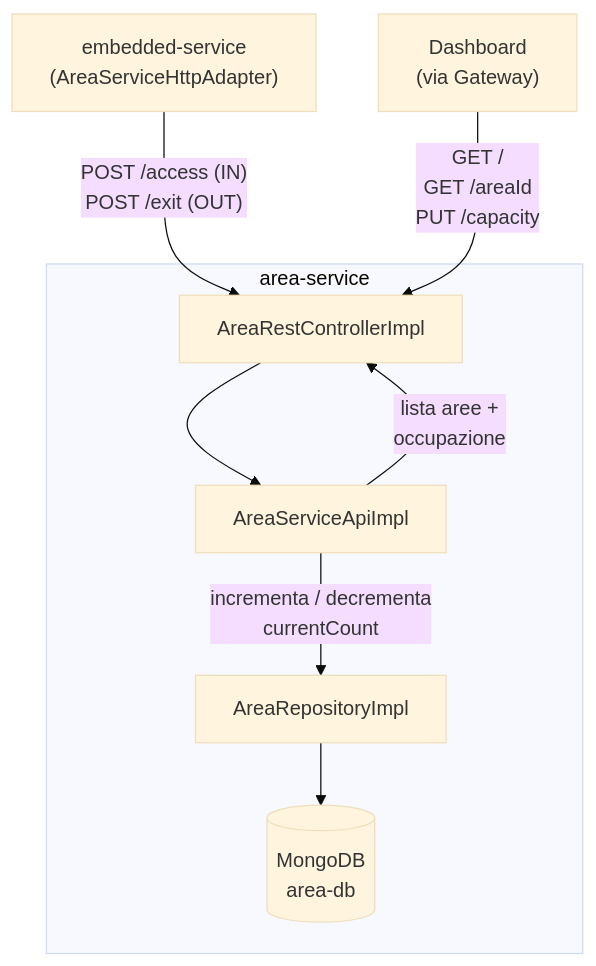
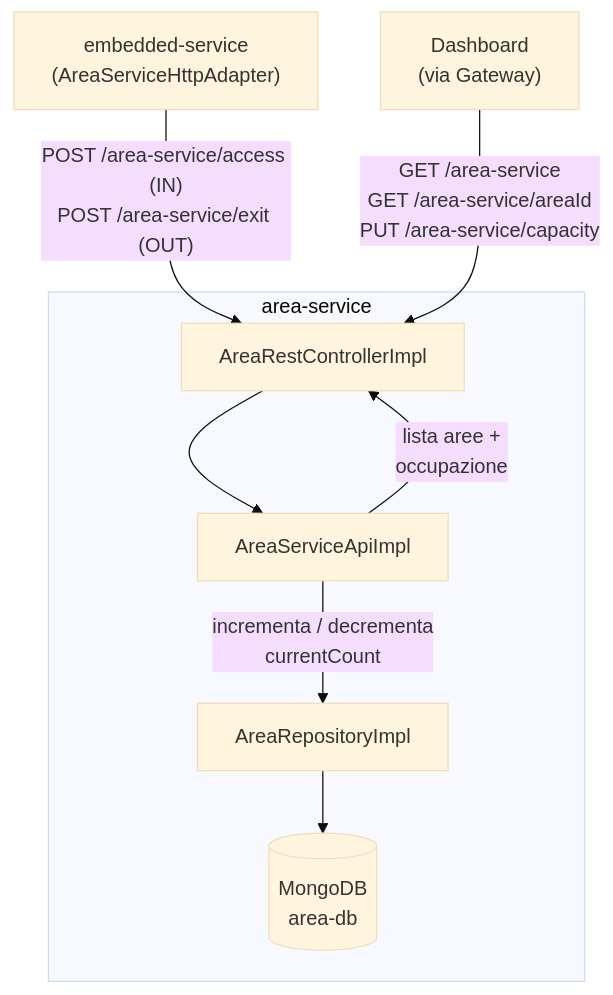
The sixth of 10 diagrams in docs/report/Implementation.md (piertv21/SmartGym-Monitor), drawn with Mermaid (base theme) before and after one commit. The commit also changed other lines of this file and 1 other file, not shown here.

````diff
--- a/docs/report/Implementation.md
+++ b/docs/report/Implementation.md
@@ -171,13 +171,13 @@
 ```mermaid
 flowchart TD
-    EMB["embedded-service\n(AreaServiceHttpAdapter)"] -->|"POST /access (IN)\nPOST /exit (OUT)"| CTRL["AreaRestControllerImpl"]
+    EMB["embedded-service\n(AreaServiceHttpAdapter)"] -->|"POST /area-service/access (IN)\nPOST /area-service/exit (OUT)"| CTRL["AreaRestControllerImpl"]
 
     subgraph area-service
         CTRL --> API["AreaServiceApiImpl"]
         API -->|"incrementa / decrementa\ncurrentCount"| REPO["AreaRepositoryImpl"]
         REPO --> DB[(MongoDB\narea-db)]
     end
 
-    DASH["Dashboard\n(via Gateway)"] -->|"GET /\nGET /areaId\nPUT /capacity"| CTRL
+    DASH["Dashboard\n(via Gateway)"] -->|"GET /area-service\nGET /area-service/areaId\nPUT /area-service/capacity"| CTRL
     API -->|"lista aree +\noccupazione"| CTRL
 ```
````
